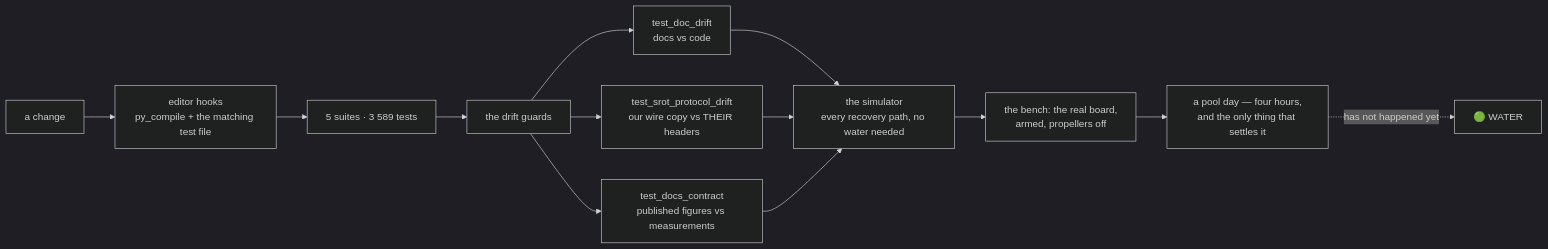
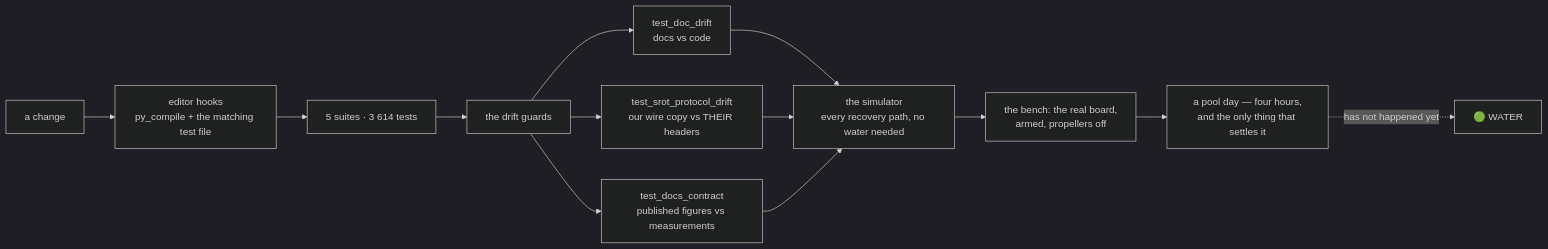
One commit to fh1m/duburi_ws changed the ninth of 10 diagrams in README.md. Above: the diagram before and after it, drawn with Mermaid (dark theme). The commit also changed other lines of this file and 10 other files, not shown here.

````diff
--- a/README.md
+++ b/README.md
@@ -752,15 +752,15 @@
 ```mermaid
 flowchart LR
     DEV["a change"] --> HOOK["editor hooks<br/>py_compile + the matching test file"]
-    HOOK --> UNIT["5 suites · 3 589 tests"]
+    HOOK --> UNIT["5 suites · 3 614 tests"]
     UNIT --> GUARD["the drift guards"]
     GUARD --> G1["test_doc_drift<br/>docs vs code"]
     GUARD --> G2["test_srot_protocol_drift<br/>our wire copy vs THEIR headers"]
     GUARD --> G3["test_docs_contract<br/>published figures vs measurements"]
     G1 --> SIM["the simulator<br/>every recovery path, no water needed"]
     G2 --> SIM
     G3 --> SIM
     SIM --> BENCH["the bench: the real board,<br/>armed, propellers off"]
     BENCH --> POOL["a pool day — four hours,<br/>and the only thing that settles it"]
     POOL -.->|"has not happened yet"| WATER["🟢 WATER"]
 ```
````
